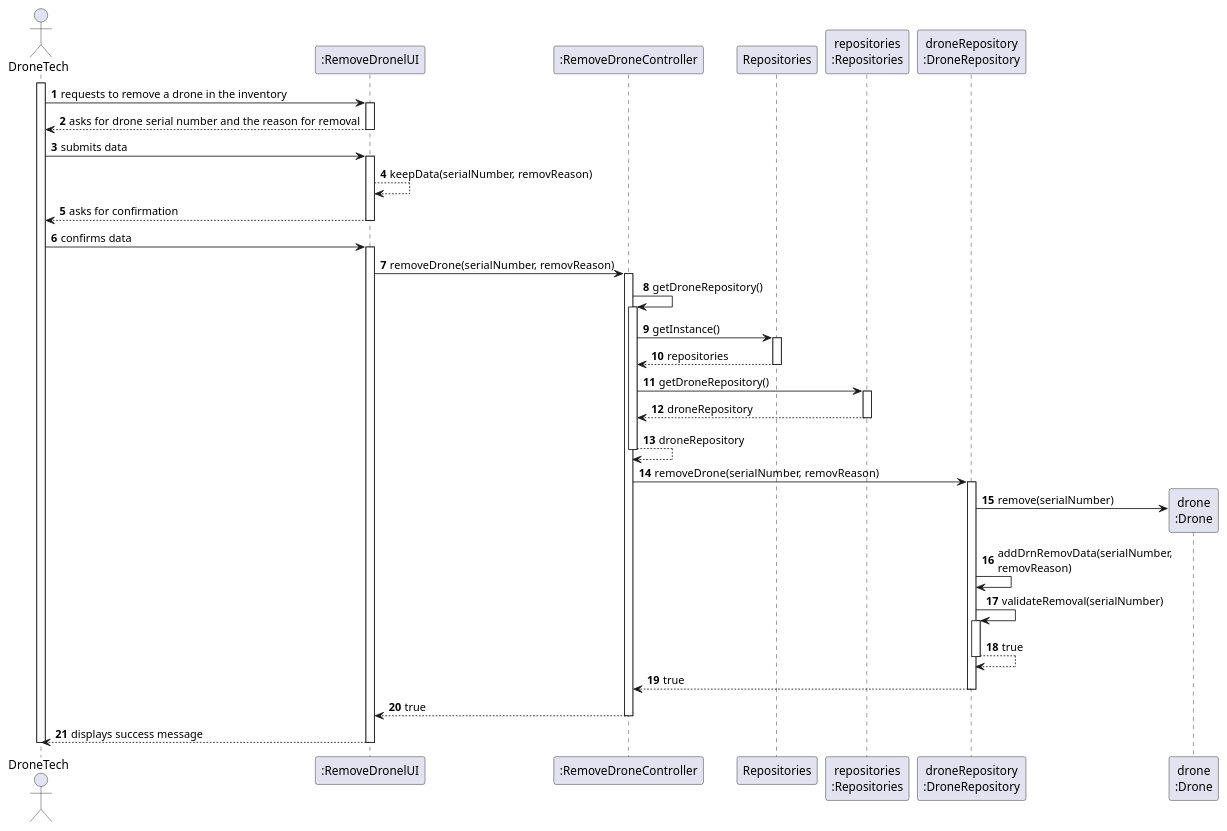
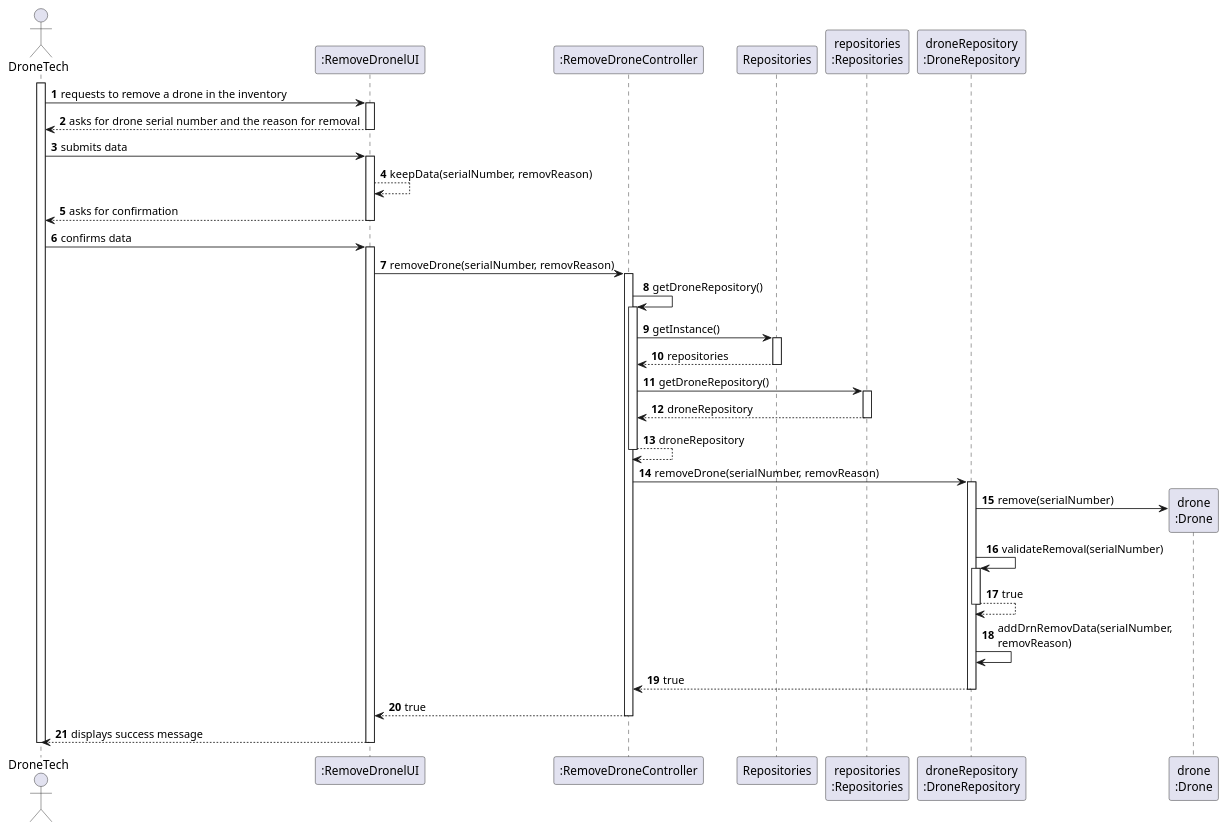
Before and after one commit to diogoveirospro/sem4pi-2024-2025-sem4pi_2024_2025_g44: the diagram in docs/SPRINT_2/US242/puml/sequence_diagram_us242.puml, drawn with PlantUML. The commit also changed other lines of this file and 3 other files, not shown here.

```diff
--- a/docs/SPRINT_2/US242/puml/sequence_diagram_us242.puml
+++ b/docs/SPRINT_2/US242/puml/sequence_diagram_us242.puml
@@ -1,68 +1,68 @@
 @startuml
 'skinparam monochrome
 
 skinparam packageStyle rectangle
 skinparam shadowing false
 
 autonumber
 
 actor "DroneTech" as DT
 participant ":RemoveDronelUI" as UI
 participant ":RemoveDroneController" as CTRL
 participant "Repositories" as REPOS
 participant "repositories\n:Repositories" as REPOS_SINGLETON
 participant "droneRepository\n:DroneRepository" as DRN_REPO
 participant "drone\n:Drone" as DRONE
 
 activate DT
 
 DT -> UI : requests to remove a drone in the inventory
 activate UI
     UI --> DT : asks for drone serial number and the reason for removal
     deactivate UI
     DT -> UI : submits data
     activate UI
     UI --> UI : keepData(serialNumber, removReason)
     UI --> DT : asks for confirmation
     deactivate UI
     DT -> UI : confirms data
     activate UI
     UI -> CTRL : removeDrone(serialNumber, removReason)
     activate CTRL
         CTRL -> CTRL :getDroneRepository()
         activate CTRL
         CTRL -> REPOS : getInstance()
         activate REPOS
             REPOS --> CTRL : repositories
         deactivate REPOS
 
         CTRL -> REPOS_SINGLETON : getDroneRepository()
         activate REPOS_SINGLETON
             REPOS_SINGLETON --> CTRL : droneRepository
         deactivate REPOS_SINGLETON
         CTRL --> CTRL : droneRepository
 
         deactivate CTRL
             CTRL -> DRN_REPO : removeDrone(serialNumber, removReason)
             activate DRN_REPO
 
         DRN_REPO -> DRONE** : remove(serialNumber)
-        DRN_REPO -> DRN_REPO : addDrnRemovData(serialNumber, \nremovReason)
                     DRN_REPO -> DRN_REPO: validateRemoval(serialNumber)
                     activate DRN_REPO
                         DRN_REPO --> DRN_REPO : true
                     deactivate DRN_REPO
+        DRN_REPO -> DRN_REPO : addDrnRemovData(serialNumber, \nremovReason)
 
                     DRN_REPO --> CTRL : true
 
         deactivate DRN_REPO
 
         CTRL --> UI : true
 
     deactivate CTRL
 
 UI --> DT : displays success message
 deactivate UI
 deactivate DT
 
 @enduml
```
